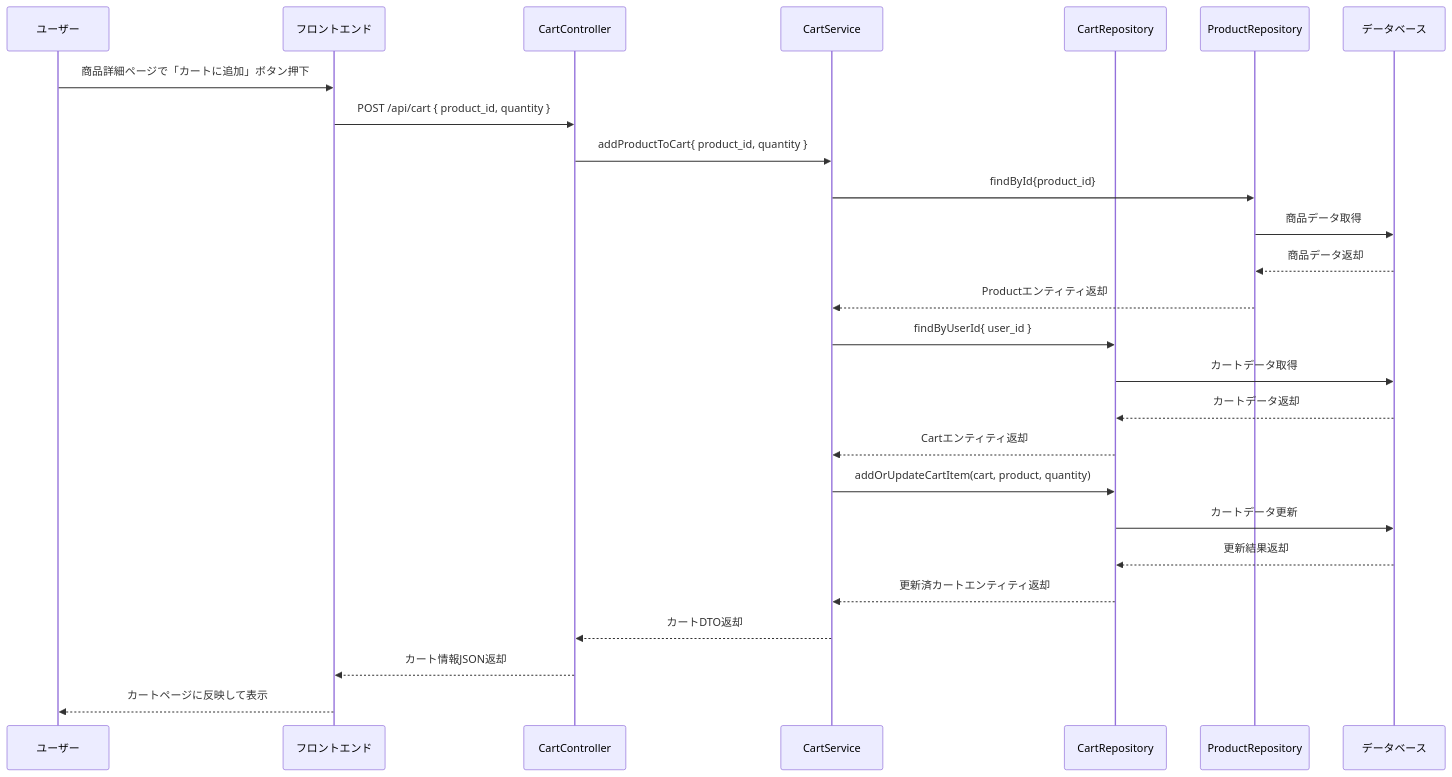
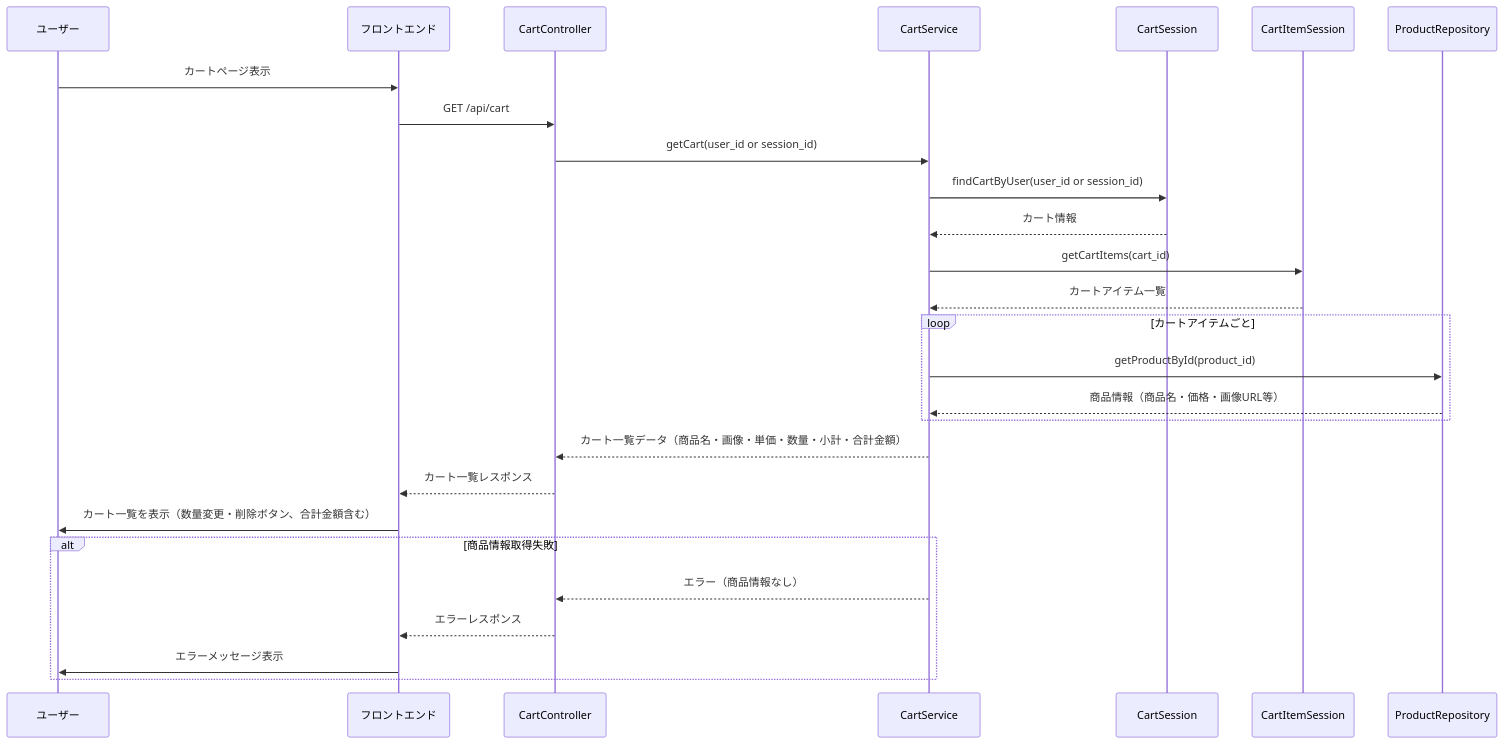
Before and after one commit to Aoi-Yaegashi/teamF: the sixth of 47 diagrams in 詳細設計/提出用/詳細設計書.md, drawn with Mermaid. The commit also changed other lines of this file, not shown here.

```diff
--- a/詳細設計/提出用/詳細設計書.md
+++ b/詳細設計/提出用/詳細設計書.md
@@ -497,29 +603,49 @@
-   <div class="mermaid">
-   sequenceDiagram
+<div class="mermaid">
+sequenceDiagram
     participant User as ユーザー
-    participant Browser as フロントエンド
-    participant CartController as CartController
-    participant CartService as CartService
-    participant CartRepo as CartRepository
-    participant ProductRepo as ProductRepository
-    participant DB as データベース
+    participant FE as フロントエンド
+    participant CartC as CartController
+    participant CartS as CartService
+    participant CartRepo as CartSession
+    participant CartItemRepo as CartItemSession
+    participant ProdRepo as ProductRepository
 
-    User->>Browser: 商品詳細ページで「カートに追加」ボタン押下
-    Browser->>CartController: POST /api/cart { product_id, quantity }
-    CartController->>CartService: addProductToCart{ product_id, quantity }
-    CartService->>ProductRepo: findById{product_id}
-    ProductRepo->>DB: 商品データ取得
-    DB-->>ProductRepo: 商品データ返却
-    ProductRepo-->>CartService: Productエンティティ返却
-    CartService->>CartRepo: findByUserId{ user_id }
-    CartRepo->>DB: カートデータ取得
-    DB-->>CartRepo: カートデータ返却
-    CartRepo-->>CartService: Cartエンティティ返却
-    CartService->>CartRepo: addOrUpdateCartItem(cart, product, quantity)
-    CartRepo->>DB: カートデータ更新
-    DB-->>CartRepo: 更新結果返却
-    CartRepo-->>CartService: 更新済カートエンティティ返却
-    CartService-->>CartController: カートDTO返却
-    CartController-->>Browser: カート情報JSON返却
-    Browser-->>User: カートページに反映して表示
+    %% ユーザーがカートページを表示
+    User->>FE: カートページ表示
+
+    %% フロントエンドがAPI呼び出し
+    FE->>CartC: GET /api/cart
+
+    %% コントローラがサービスに処理を依頼
+    CartC->>CartS: getCart(user_id or session_id)
+
+    %% サービスがカート情報を取得
+    CartS->>CartRepo: findCartByUser(user_id or session_id)
+    CartRepo-->>CartS: カート情報
+
+    %% サービスがカートアイテム一覧を取得
+    CartS->>CartItemRepo: getCartItems(cart_id)
+    CartItemRepo-->>CartS: カートアイテム一覧
+
+    %% サービスが各カートアイテムの商品情報を取得
+    loop カートアイテムごと
+        CartS->>ProdRepo: getProductById(product_id)
+        ProdRepo-->>CartS: 商品情報（商品名・価格・画像URL等）
+    end
+
+    %% サービスが小計・合計金額を計算し、一覧データを生成
+    CartS-->>CartC: カート一覧データ（商品名・画像・単価・数量・小計・合計金額）
+
+    %% コントローラがフロントエンドに返却
+    CartC-->>FE: カート一覧レスポンス
+
+    %% フロントエンドが画面に反映
+    FE->>User: カート一覧を表示（数量変更・削除ボタン、合計金額含む）
+
+    %% 商品情報が取得できない場合
+    alt 商品情報取得失敗
+        CartS-->>CartC: エラー（商品情報なし）
+        CartC-->>FE: エラーレスポンス
+        FE->>User: エラーメッセージ表示
+    end
 </div>
```
